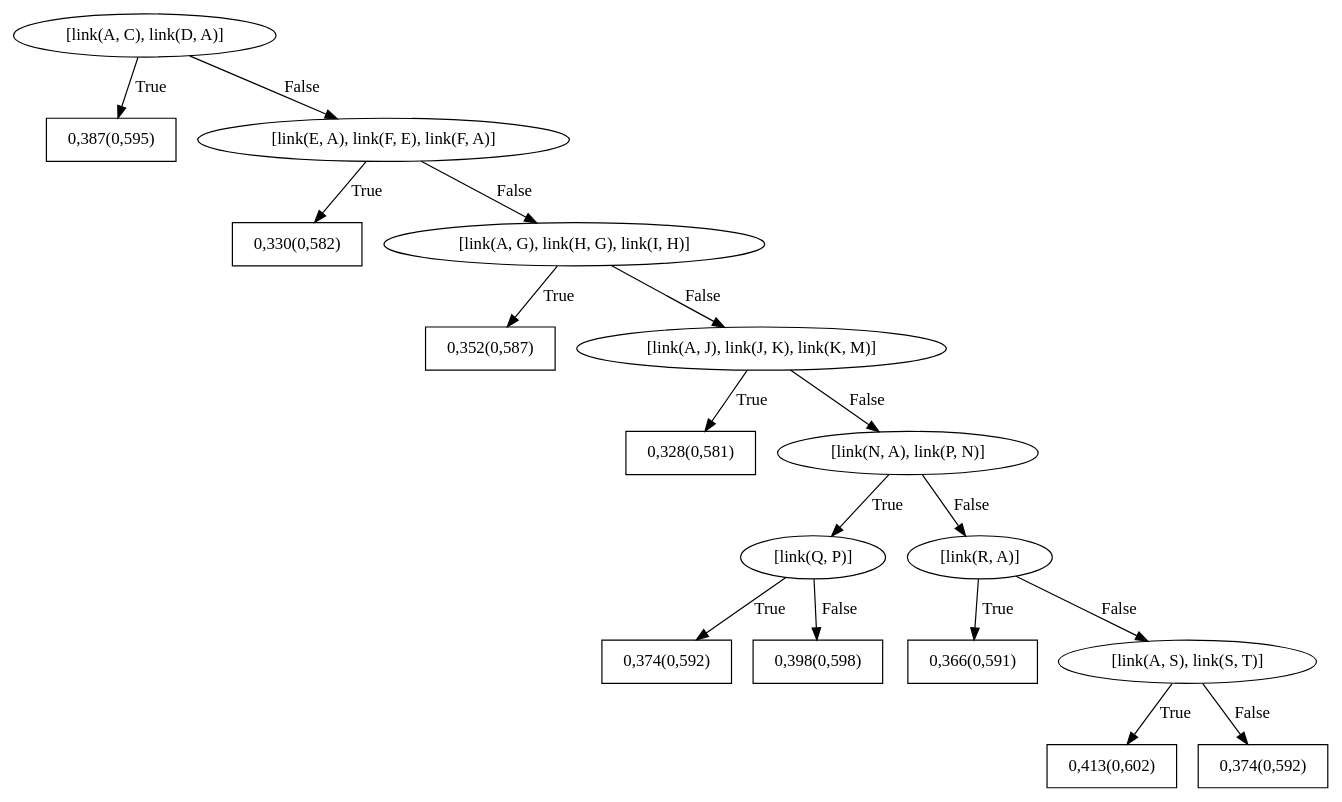
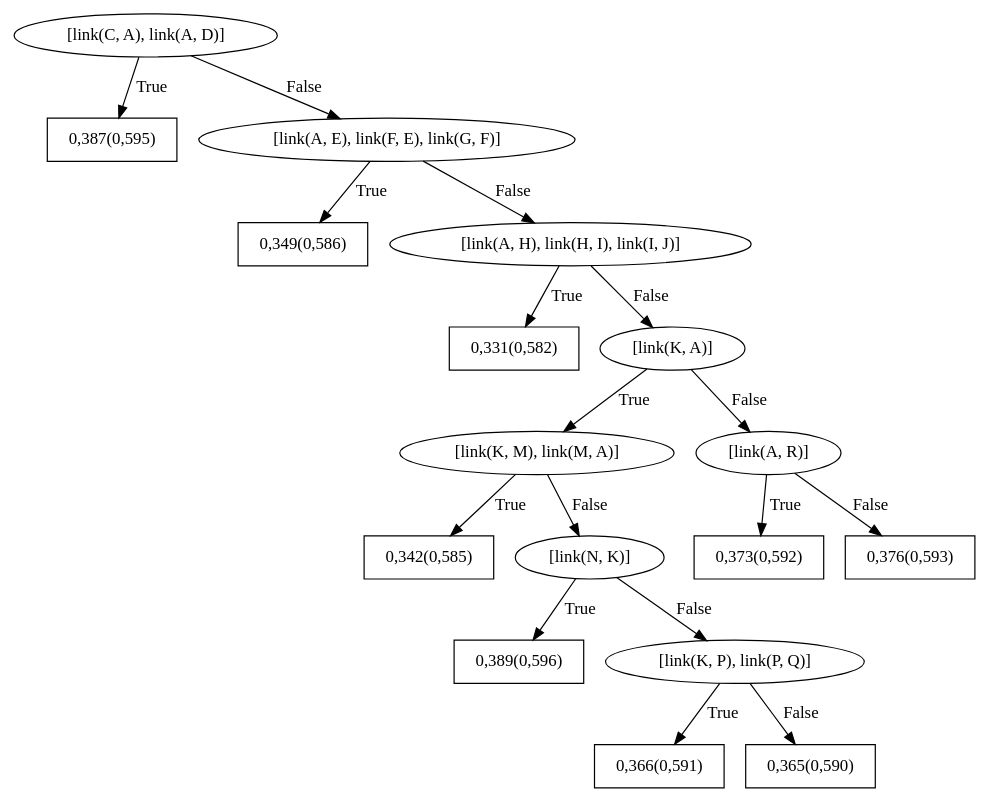
One commit to GabrielaPC/Trabalho-SRL changed the diagram in SRLBoost/data/citeseer/train/models/bRDNs/dotFiles/WILLTreeFor_hasCat3.dot. Above: the diagram before and after it, drawn with Graphviz. The commit also changed 67 other files, not shown here.

```diff
--- a/SRLBoost/data/citeseer/train/models/bRDNs/dotFiles/WILLTreeFor_hasCat3.dot
+++ b/SRLBoost/data/citeseer/train/models/bRDNs/dotFiles/WILLTreeFor_hasCat3.dot
@@ -1,35 +1,35 @@
 digraph G{ 
-1[label = "[link(A, C), link(D, A)]"];
+1[label = "[link(C, A), link(A, D)]"];
 1 -> 2[label="True"];
 1 -> 3[label="False"];
 2[shape = box,label = "0,387(0,595)"];
-3[label = "[link(E, A), link(F, E), link(F, A)]"];
+3[label = "[link(A, E), link(F, E), link(G, F)]"];
 3 -> 4[label="True"];
 3 -> 5[label="False"];
-4[shape = box,label = "0,330(0,582)"];
-5[label = "[link(A, G), link(H, G), link(I, H)]"];
+4[shape = box,label = "0,349(0,586)"];
+5[label = "[link(A, H), link(H, I), link(I, J)]"];
 5 -> 6[label="True"];
 5 -> 7[label="False"];
-6[shape = box,label = "0,352(0,587)"];
-7[label = "[link(A, J), link(J, K), link(K, M)]"];
+6[shape = box,label = "0,331(0,582)"];
+7[label = "[link(K, A)]"];
 7 -> 8[label="True"];
 7 -> 9[label="False"];
-8[shape = box,label = "0,328(0,581)"];
-9[label = "[link(N, A), link(P, N)]"];
-9 -> 10[label="True"];
-9 -> 11[label="False"];
-10[label = "[link(Q, P)]"];
-10 -> 12[label="True"];
-10 -> 13[label="False"];
-12[shape = box,label = "0,374(0,592)"];
-13[shape = box,label = "0,398(0,598)"];
-11[label = "[link(R, A)]"];
-11 -> 14[label="True"];
-11 -> 15[label="False"];
+8[label = "[link(K, M), link(M, A)]"];
+8 -> 10[label="True"];
+8 -> 11[label="False"];
+10[shape = box,label = "0,342(0,585)"];
+11[label = "[link(N, K)]"];
+11 -> 12[label="True"];
+11 -> 13[label="False"];
+12[shape = box,label = "0,389(0,596)"];
+13[label = "[link(K, P), link(P, Q)]"];
+13 -> 14[label="True"];
+13 -> 15[label="False"];
 14[shape = box,label = "0,366(0,591)"];
-15[label = "[link(A, S), link(S, T)]"];
-15 -> 16[label="True"];
-15 -> 17[label="False"];
-16[shape = box,label = "0,413(0,602)"];
-17[shape = box,label = "0,374(0,592)"];
+15[shape = box,label = "0,365(0,590)"];
+9[label = "[link(A, R)]"];
+9 -> 16[label="True"];
+9 -> 17[label="False"];
+16[shape = box,label = "0,373(0,592)"];
+17[shape = box,label = "0,376(0,593)"];
 }
```
